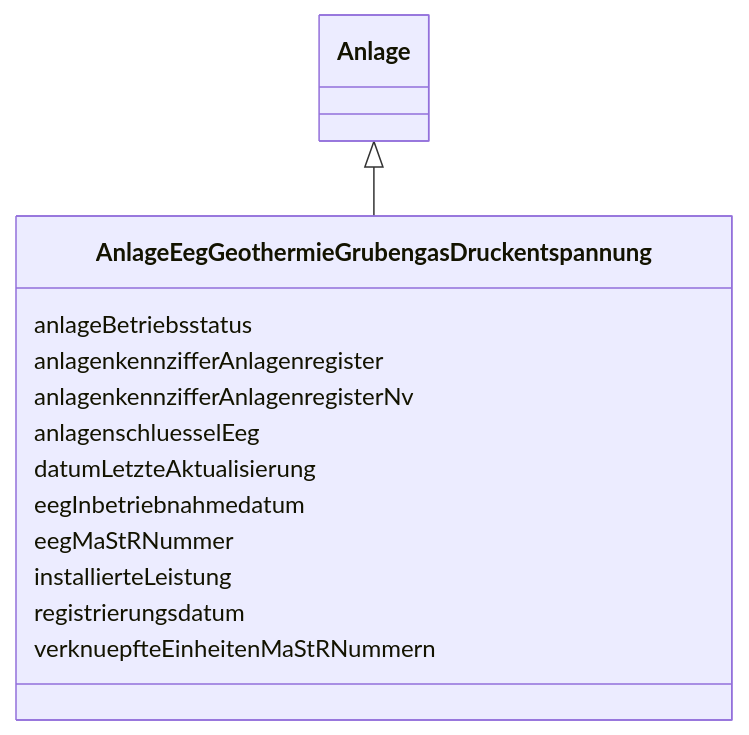
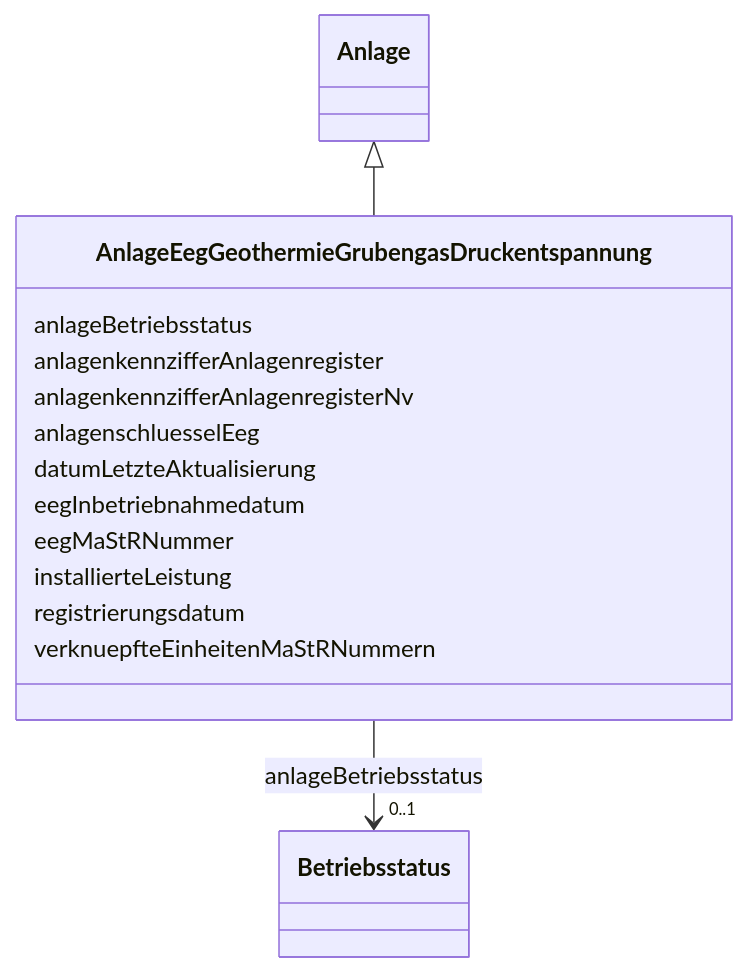
Before and after one commit to FlorianK13/mastr-model: the diagram in docs/schema/classes/AnlageEegGeothermieGrubengasDruckentspannung.md, drawn with Mermaid. The commit also changed other lines of this file and 86 other files, not shown here.

````diff
--- a/docs/schema/classes/AnlageEegGeothermieGrubengasDruckentspannung.md
+++ b/docs/schema/classes/AnlageEegGeothermieGrubengasDruckentspannung.md
@@ -18,29 +18,38 @@
 ```mermaid
  classDiagram
     class AnlageEegGeothermieGrubengasDruckentspannung
     click AnlageEegGeothermieGrubengasDruckentspannung href "../../classes/AnlageEegGeothermieGrubengasDruckentspannung/"
       Anlage <|-- AnlageEegGeothermieGrubengasDruckentspannung
         click Anlage href "../../classes/Anlage/"
       
       AnlageEegGeothermieGrubengasDruckentspannung : anlageBetriebsstatus
+        
+          
+    
+        
+        
+        AnlageEegGeothermieGrubengasDruckentspannung --> "0..1" Betriebsstatus : anlageBetriebsstatus
+        click Betriebsstatus href "../../enums/Betriebsstatus/"
+    
+
         
       AnlageEegGeothermieGrubengasDruckentspannung : anlagenkennzifferAnlagenregister
         
       AnlageEegGeothermieGrubengasDruckentspannung : anlagenkennzifferAnlagenregisterNv
         
       AnlageEegGeothermieGrubengasDruckentspannung : anlagenschluesselEeg
         
       AnlageEegGeothermieGrubengasDruckentspannung : datumLetzteAktualisierung
         
       AnlageEegGeothermieGrubengasDruckentspannung : eegInbetriebnahmedatum
         
       AnlageEegGeothermieGrubengasDruckentspannung : eegMaStRNummer
         
       AnlageEegGeothermieGrubengasDruckentspannung : installierteLeistung
         
       AnlageEegGeothermieGrubengasDruckentspannung : registrierungsdatum
         
       AnlageEegGeothermieGrubengasDruckentspannung : verknuepfteEinheitenMaStRNummern
         
       
 ```
````
